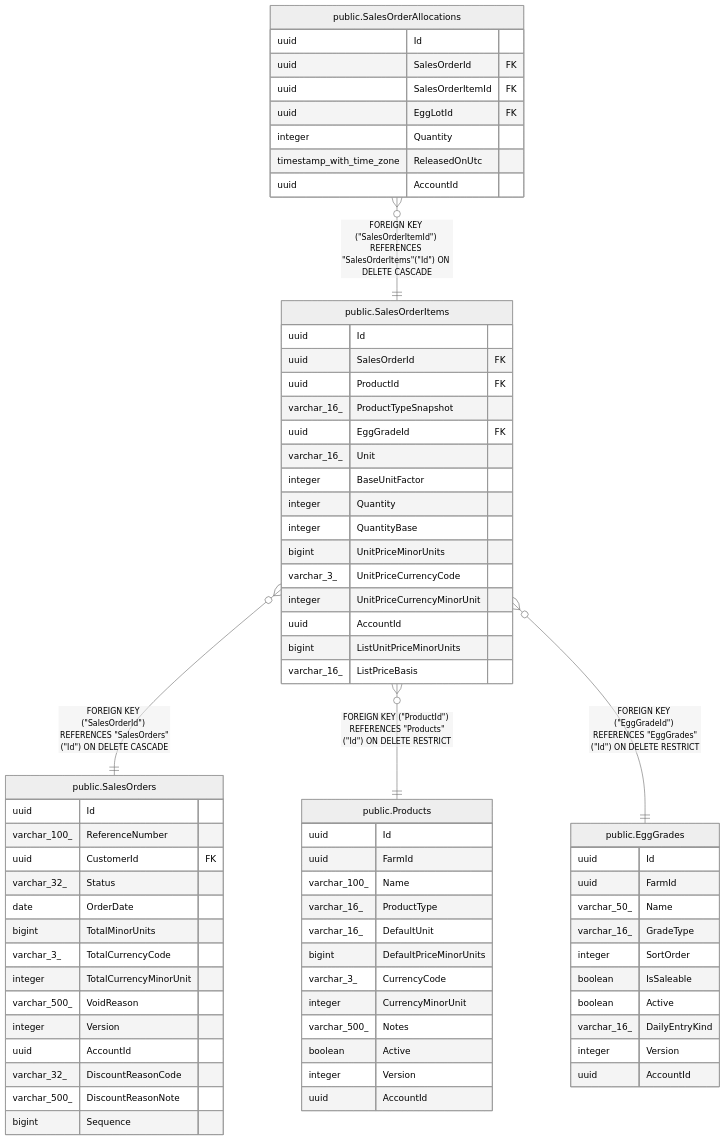
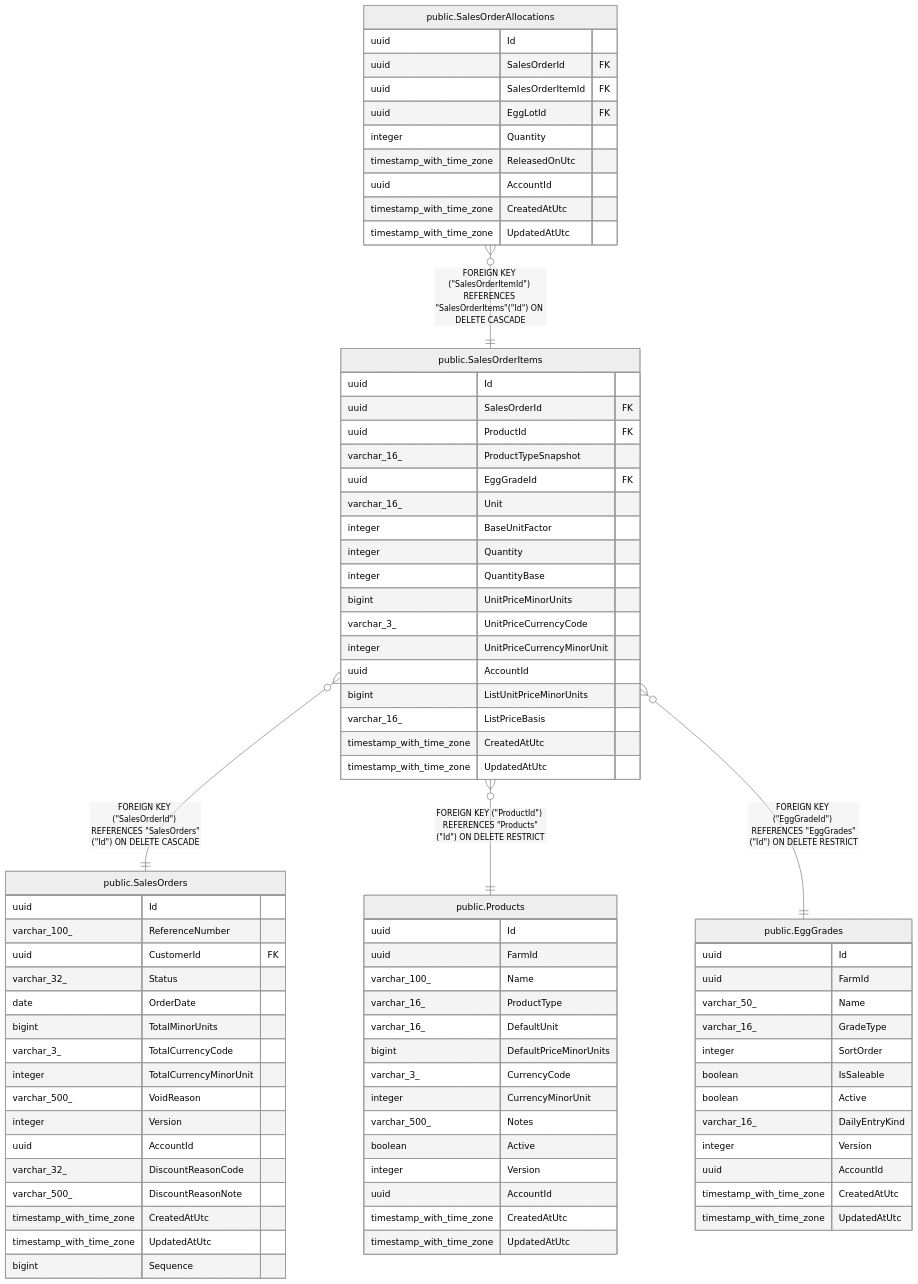
Before and after one commit to mforce/cluckwork: the diagram in docs/schema/public.SalesOrderItems.md, drawn with Mermaid (neutral theme). The commit also changed other lines of this file and 110 other files, not shown here.

````diff
--- a/docs/schema/public.SalesOrderItems.md
+++ b/docs/schema/public.SalesOrderItems.md
@@ -84,6 +94,8 @@
   uuid AccountId
   bigint ListUnitPriceMinorUnits
   varchar_16_ ListPriceBasis
+  timestamp_with_time_zone CreatedAtUtc
+  timestamp_with_time_zone UpdatedAtUtc
 }
 "public.SalesOrderAllocations" {
   uuid Id
@@ -93,6 +105,8 @@
   integer Quantity
   timestamp_with_time_zone ReleasedOnUtc
   uuid AccountId
+  timestamp_with_time_zone CreatedAtUtc
+  timestamp_with_time_zone UpdatedAtUtc
 }
 "public.SalesOrders" {
   uuid Id
@@ -108,6 +122,8 @@
   uuid AccountId
   varchar_32_ DiscountReasonCode
   varchar_500_ DiscountReasonNote
+  timestamp_with_time_zone CreatedAtUtc
+  timestamp_with_time_zone UpdatedAtUtc
   bigint Sequence
 }
 "public.Products" {
@@ -123,6 +139,8 @@
   boolean Active
   integer Version
   uuid AccountId
+  timestamp_with_time_zone CreatedAtUtc
+  timestamp_with_time_zone UpdatedAtUtc
 }
 "public.EggGrades" {
   uuid Id
@@ -135,5 +153,7 @@
   varchar_16_ DailyEntryKind
   integer Version
   uuid AccountId
+  timestamp_with_time_zone CreatedAtUtc
+  timestamp_with_time_zone UpdatedAtUtc
 }
 ```
````
